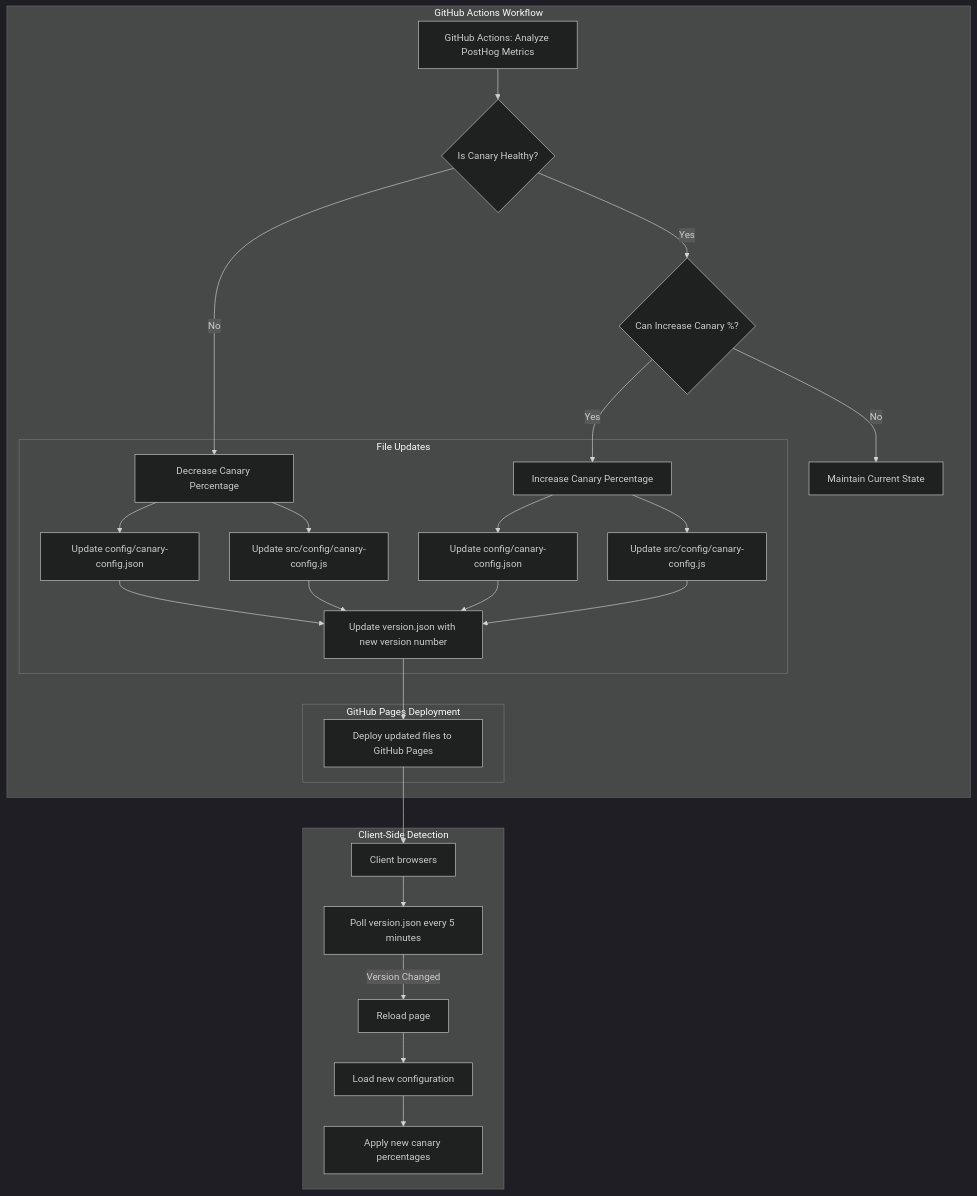
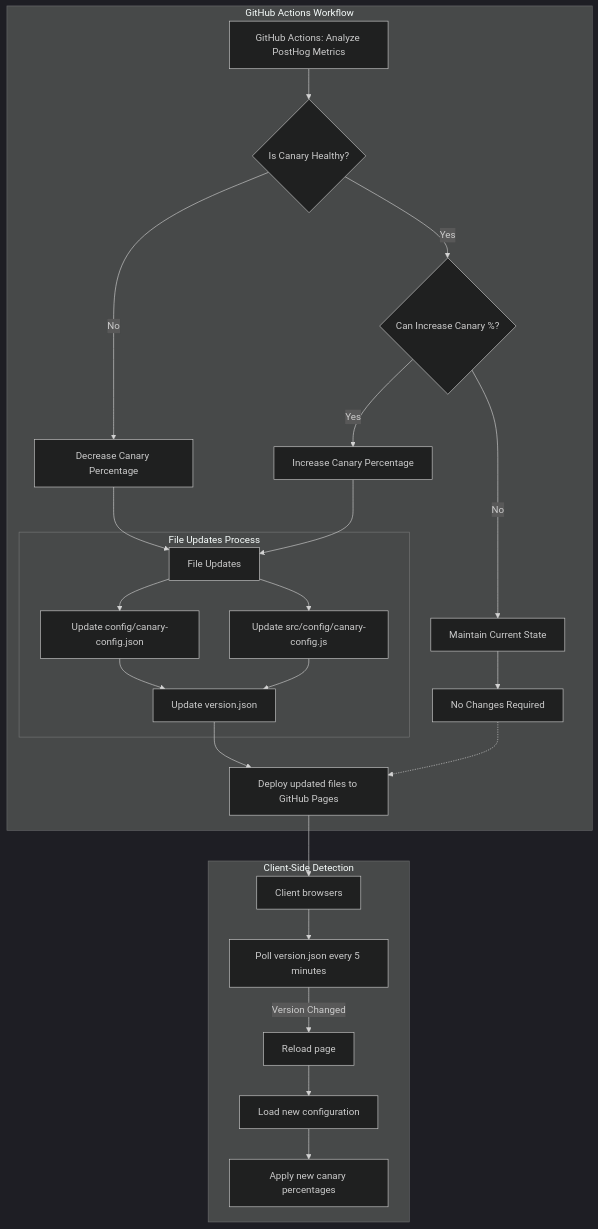
Before and after one commit to lloydchang/client-side-canary-deployment: the second of 3 diagrams in README.md, drawn with Mermaid (dark theme). The commit also changed other lines of this file, not shown here.

````diff
--- a/README.md
+++ b/README.md
@@ -35,34 +35,34 @@
 ```mermaid
 graph TD
     subgraph "GitHub Actions Workflow"
         L[GitHub Actions: Analyze PostHog Metrics]
         L --> M{Is Canary Healthy?}
         M -->|No| N[Decrease Canary Percentage]
         M -->|Yes| O{Can Increase Canary %?}
         O -->|Yes| P[Increase Canary Percentage]
         O -->|No| Q[Maintain Current State]
         
-        subgraph "File Updates"
-            N --> N1[Update config/canary-config.json]
-            N --> N2[Update src/config/canary-config.js]
-            P --> P1[Update config/canary-config.json] 
-            P --> P2[Update src/config/canary-config.js]
-            N1 --> V[Update version.json with new version number]
-            P1 --> V
-            N2 --> V
-            P2 --> V
+        N --> F[File Updates]
+        P --> F
+        Q --> Q1[No Changes Required]
+        
+        subgraph "File Updates Process"
+            F --> F1[Update config/canary-config.json]
+            F --> F2[Update src/config/canary-config.js]
+            F1 --> V[Update version.json]
+            F2 --> V
         end
         
-        subgraph "GitHub Pages Deployment"
-            V --> G[Deploy updated files to GitHub Pages]
-        end
+        V --> G[Deploy updated files to GitHub Pages]
     end
 
     subgraph "Client-Side Detection"
         G --> CL[Client browsers]
         CL --> CL1[Poll version.json every 5 minutes]
         CL1 -->|Version Changed| CL2[Reload page]
         CL2 --> CL3[Load new configuration]
         CL3 --> CL4[Apply new canary percentages]
     end
+    
+    Q1 -.-> G
 ```
````
